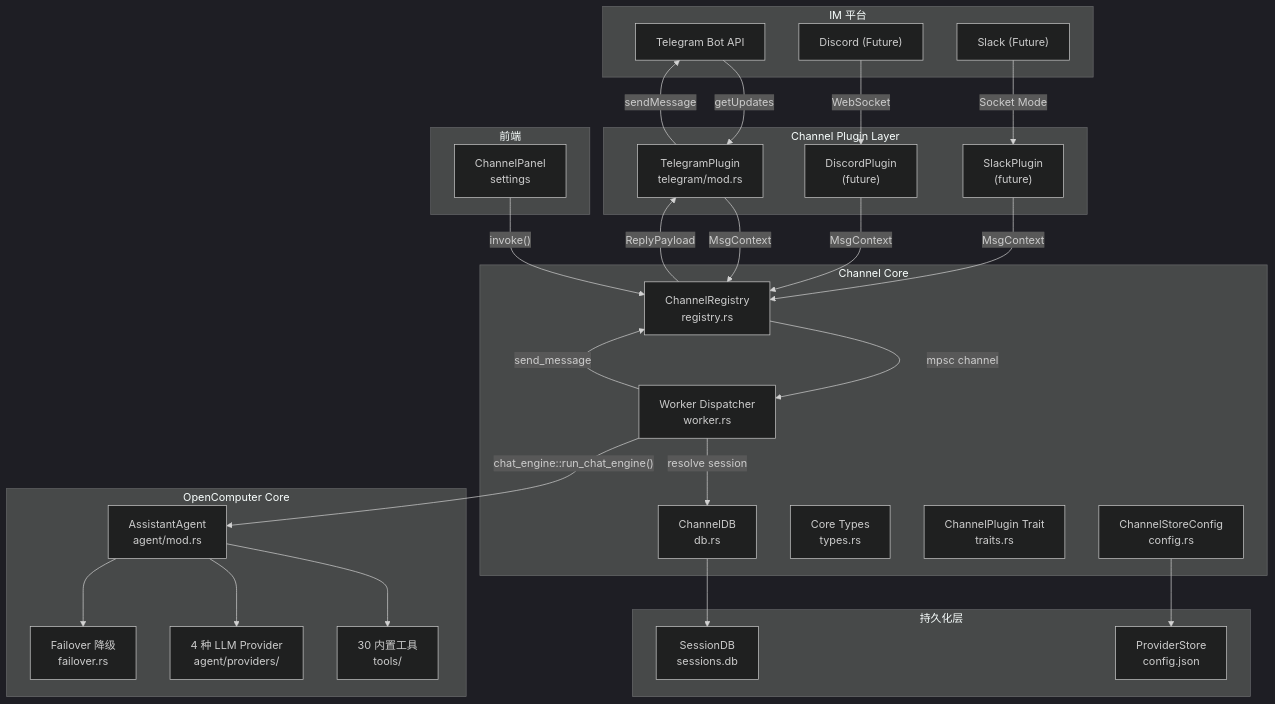
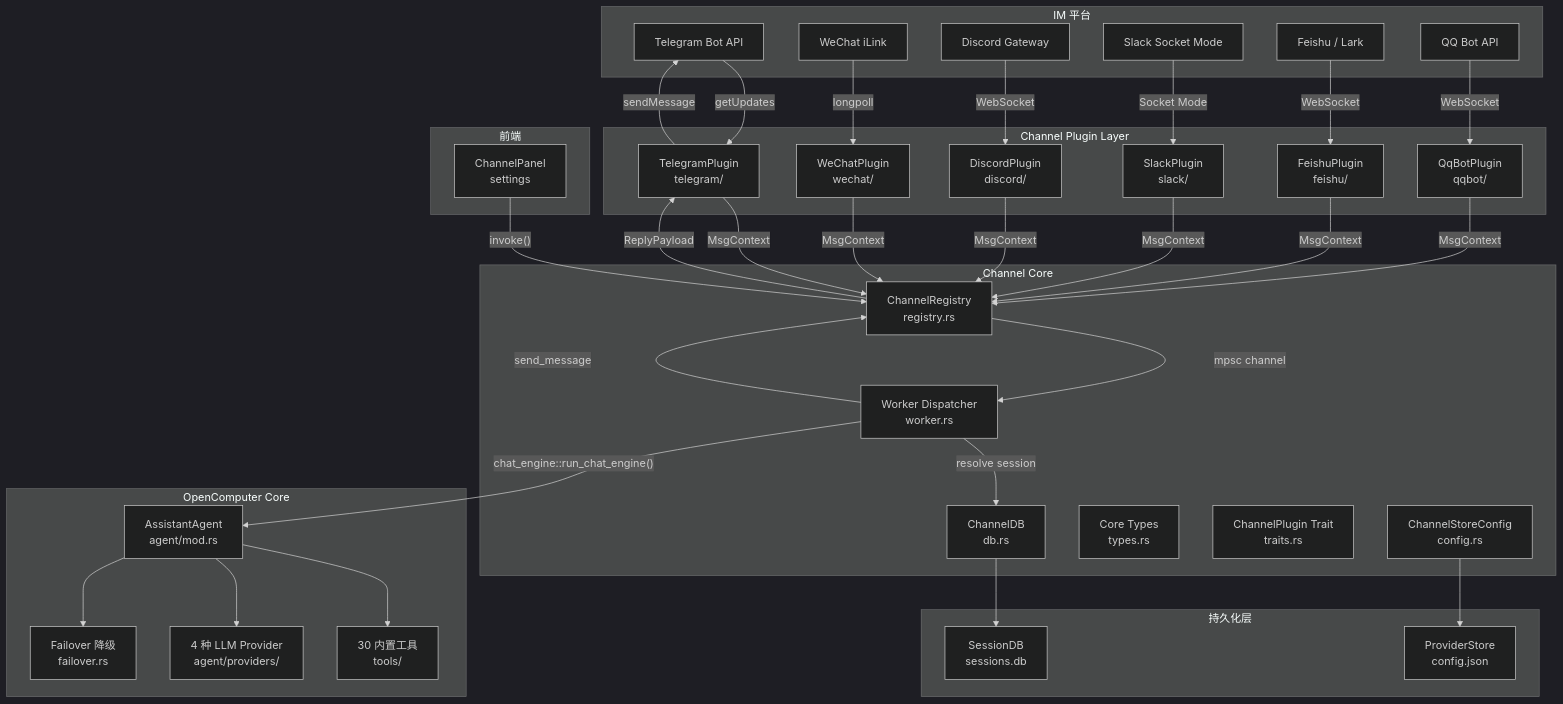
Before and after one commit to shiwenwen/hope-agent: the first of 3 diagrams in docs/im-channel-architecture.md, drawn with Mermaid (dark theme). The commit also changed other lines of this file and 30 other files, not shown here.

First line of the commit message:
feat: 新增 Discord / Slack / 飞书 / QQ Bot 四个 IM 渠道插件

````diff
--- a/docs/im-channel-architecture.md
+++ b/docs/im-channel-architecture.md
@@ -86,62 +102,74 @@
 ```mermaid
 graph TB
     subgraph "IM 平台"
         TG["Telegram Bot API"]
-        DC["Discord (Future)"]
-        SL["Slack (Future)"]
+        WX["WeChat iLink"]
+        DC["Discord Gateway"]
+        SL["Slack Socket Mode"]
+        FS["Feishu / Lark"]
+        QQ["QQ Bot API"]
     end
 
     subgraph "Channel Plugin Layer"
-        TG_PLUGIN["TelegramPlugin<br/>telegram/mod.rs"]
-        DC_PLUGIN["DiscordPlugin<br/>(future)"]
-        SL_PLUGIN["SlackPlugin<br/>(future)"]
+        TG_PLUGIN["TelegramPlugin<br/>telegram/"]
+        WX_PLUGIN["WeChatPlugin<br/>wechat/"]
+        DC_PLUGIN["DiscordPlugin<br/>discord/"]
+        SL_PLUGIN["SlackPlugin<br/>slack/"]
+        FS_PLUGIN["FeishuPlugin<br/>feishu/"]
+        QQ_PLUGIN["QqBotPlugin<br/>qqbot/"]
     end
 
     subgraph "Channel Core"
         REGISTRY["ChannelRegistry<br/>registry.rs"]
         WORKER["Worker Dispatcher<br/>worker.rs"]
         CHANNEL_DB["ChannelDB<br/>db.rs"]
         TYPES["Core Types<br/>types.rs"]
         TRAITS["ChannelPlugin Trait<br/>traits.rs"]
         CONFIG["ChannelStoreConfig<br/>config.rs"]
     end
 
     subgraph "OpenComputer Core"
         AGENT["AssistantAgent<br/>agent/mod.rs"]
         TOOLS["30 内置工具<br/>tools/"]
         PROVIDERS["4 种 LLM Provider<br/>agent/providers/"]
         FAILOVER["Failover 降级<br/>failover.rs"]
     end
 
     subgraph "持久化层"
         SESSION_DB["SessionDB<br/>sessions.db"]
         PROVIDER_STORE["ProviderStore<br/>config.json"]
     end
 
     subgraph "前端"
         PANEL["ChannelPanel<br/>settings"]
     end
 
     TG -->|getUpdates| TG_PLUGIN
+    WX -->|longpoll| WX_PLUGIN
     DC -->|WebSocket| DC_PLUGIN
     SL -->|Socket Mode| SL_PLUGIN
+    FS -->|WebSocket| FS_PLUGIN
+    QQ -->|WebSocket| QQ_PLUGIN
 
     TG_PLUGIN -->|MsgContext| REGISTRY
+    WX_PLUGIN -->|MsgContext| REGISTRY
     DC_PLUGIN -->|MsgContext| REGISTRY
     SL_PLUGIN -->|MsgContext| REGISTRY
+    FS_PLUGIN -->|MsgContext| REGISTRY
+    QQ_PLUGIN -->|MsgContext| REGISTRY
 
     REGISTRY -->|mpsc channel| WORKER
     WORKER -->|resolve session| CHANNEL_DB
     WORKER -->|"chat_engine::run_chat_engine()"| AGENT
     AGENT --> TOOLS
     AGENT --> PROVIDERS
     AGENT --> FAILOVER
 
     WORKER -->|send_message| REGISTRY
     REGISTRY -->|ReplyPayload| TG_PLUGIN
     TG_PLUGIN -->|sendMessage| TG
 
     CHANNEL_DB --> SESSION_DB
     CONFIG --> PROVIDER_STORE
     PANEL -->|"invoke()"| REGISTRY
 ```
````
